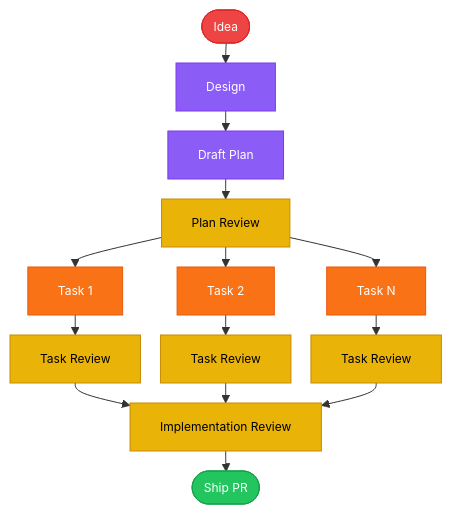
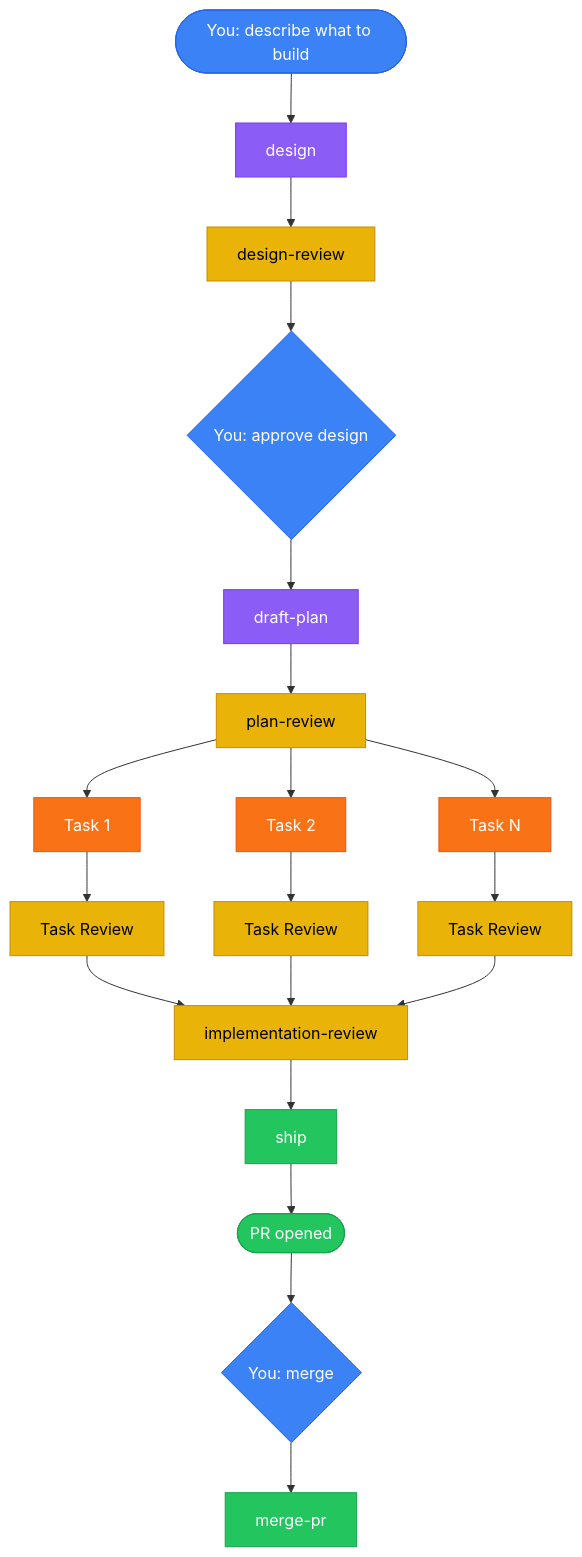
The diagram in README.md (nikhilsitaram/superpowers), drawn with Mermaid before and after one commit. The commit also changed other lines of this file, not shown here.

````diff
--- a/README.md
+++ b/README.md
@@ -21,31 +57,40 @@
 ```mermaid
-%%{init: {'flowchart': {'nodeSpacing': 20, 'rankSpacing': 20}, 'themeVariables': {'fontSize': '12px'}}}%%
 flowchart TD
-    A([Idea]) --> B[Design]
-    B --> C[Draft Plan]
-    C --> D[Plan Review]
+    A([You: describe what to build]) --> B[design]
+    B --> BR[design-review]
+    BR --> C{You: approve design}
+    C --> D[draft-plan]
+    D --> DR[plan-review]
 
-    D --> T1[Task 1]
-    D --> T2[Task 2]
-    D --> TN[Task N]
+    DR --> T1[Task 1]
+    DR --> T2[Task 2]
+    DR --> TN[Task N]
 
     T1 --> R1[Task Review]
     T2 --> R2[Task Review]
     TN --> RN[Task Review]
 
-    R1 & R2 & RN --> IR[Implementation Review]
-    IR --> Ship([Ship PR])
+    R1 & R2 & RN --> IR[implementation-review]
+    IR --> S[ship]
+    S --> PR([PR opened])
+    PR --> M{You: merge}
+    M --> MP[merge-pr]
 
-    style A    fill:#ef4444,stroke:#dc2626,color:#fff
+    style A    fill:#3b82f6,stroke:#2563eb,color:#fff
     style B    fill:#8b5cf6,stroke:#7c3aed,color:#fff
-    style C    fill:#8b5cf6,stroke:#7c3aed,color:#fff
-    style D    fill:#eab308,stroke:#ca8a04,color:#000
+    style BR   fill:#eab308,stroke:#ca8a04,color:#000
+    style C    fill:#3b82f6,stroke:#2563eb,color:#fff
+    style D    fill:#8b5cf6,stroke:#7c3aed,color:#fff
+    style DR   fill:#eab308,stroke:#ca8a04,color:#000
     style T1   fill:#f97316,stroke:#ea580c,color:#fff
     style T2   fill:#f97316,stroke:#ea580c,color:#fff
     style TN   fill:#f97316,stroke:#ea580c,color:#fff
     style R1   fill:#eab308,stroke:#ca8a04,color:#000
     style R2   fill:#eab308,stroke:#ca8a04,color:#000
     style RN   fill:#eab308,stroke:#ca8a04,color:#000
     style IR   fill:#eab308,stroke:#ca8a04,color:#000
-    style Ship fill:#22c55e,stroke:#16a34a,color:#fff
+    style S    fill:#22c55e,stroke:#16a34a,color:#fff
+    style PR   fill:#22c55e,stroke:#16a34a,color:#fff
+    style M    fill:#3b82f6,stroke:#2563eb,color:#fff
+    style MP   fill:#22c55e,stroke:#16a34a,color:#fff
 ```
````
